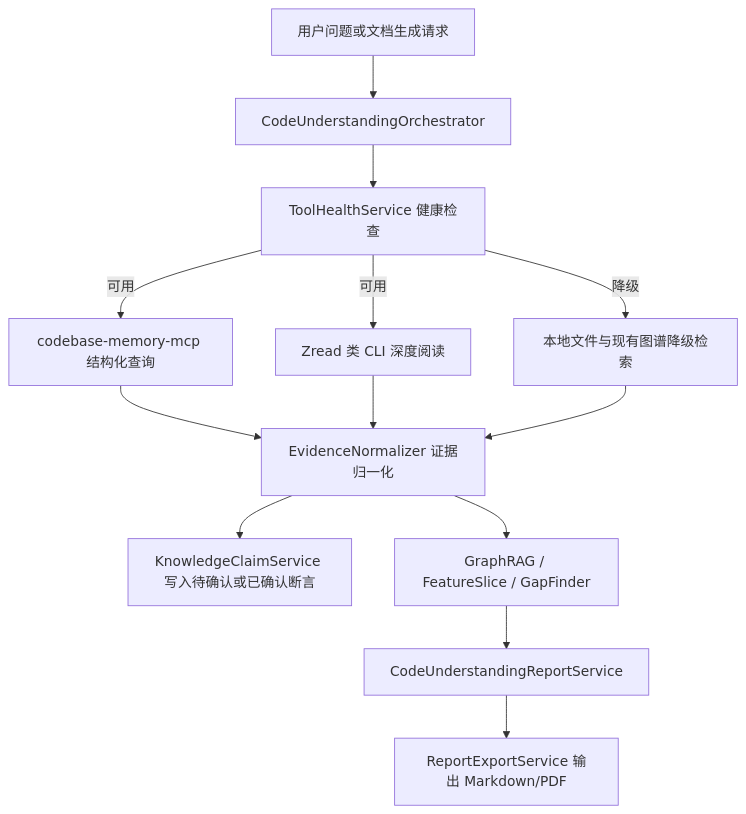
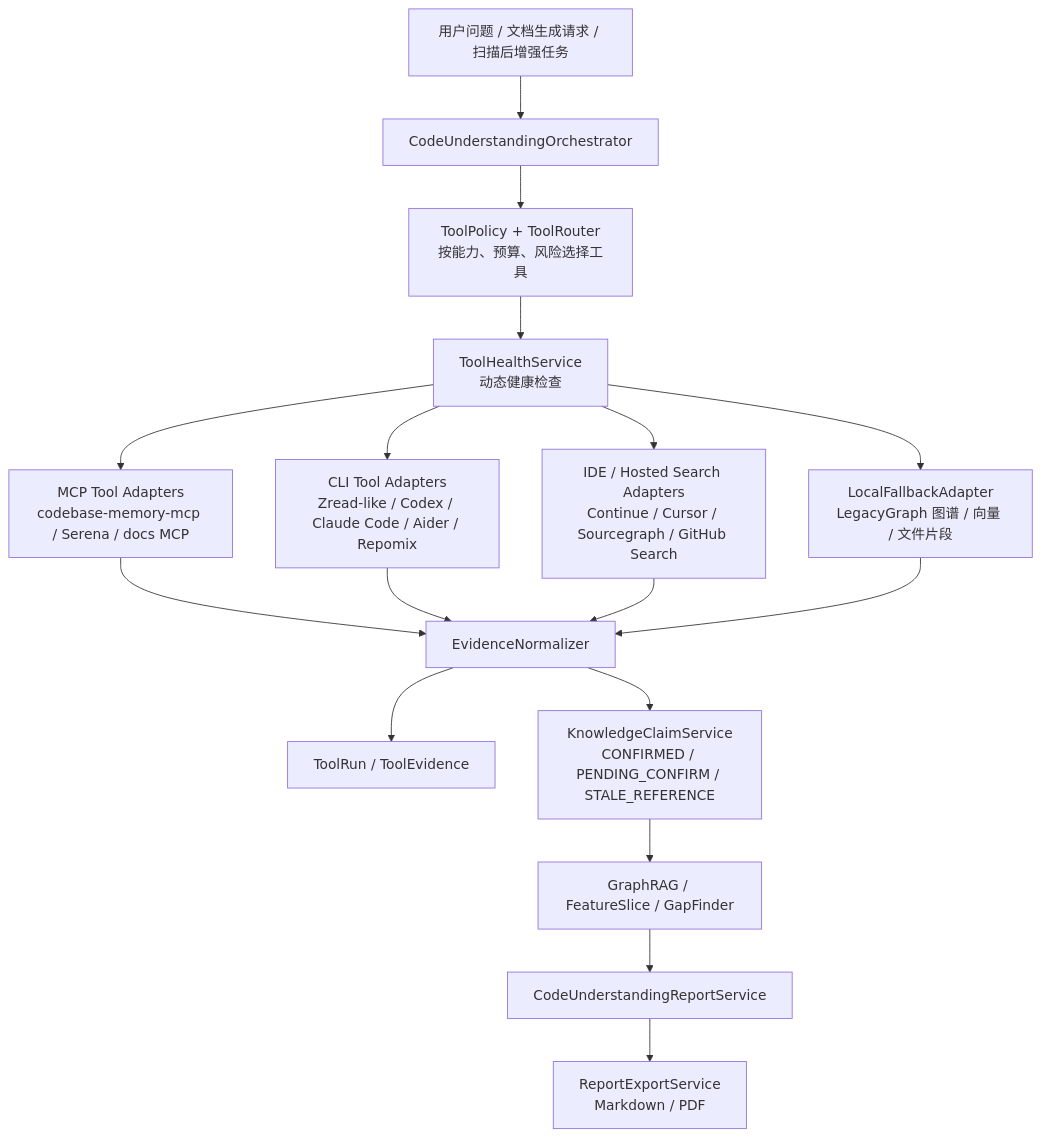
Before and after one commit to loveliunian/LegacyGraph: the first of 2 diagrams in doc/MCP与Zread类工具辅助代码理解和文档生成方案.md, drawn with Mermaid. The commit also changed other lines of this file and 44 other files, not shown here.

First line of the commit message:
feat: 新增数据库索引节点类型与约束图谱构建能力

````diff
--- a/doc/MCP与Zread类工具辅助代码理解和文档生成方案.md
+++ b/doc/MCP与Zread类工具辅助代码理解和文档生成方案.md
@@ -18,15 +19,19 @@
 ```mermaid
 flowchart TD
-    U["用户问题或文档生成请求"] --> O["CodeUnderstandingOrchestrator"]
-    O --> H["ToolHealthService 健康检查"]
-    H -->|可用| M["codebase-memory-mcp 结构化查询"]
-    H -->|可用| Z["Zread 类 CLI 深度阅读"]
-    H -->|降级| F["本地文件与现有图谱降级检索"]
-    M --> E["EvidenceNormalizer 证据归一化"]
-    Z --> E
+    U["用户问题 / 文档生成请求 / 扫描后增强任务"] --> O["CodeUnderstandingOrchestrator"]
+    O --> P["ToolPolicy + ToolRouter<br/>按能力、预算、风险选择工具"]
+    P --> H["ToolHealthService<br/>动态健康检查"]
+    H --> M["MCP Tool Adapters<br/>codebase-memory-mcp / Serena / docs MCP"]
+    H --> C["CLI Tool Adapters<br/>Zread-like / Codex / Claude Code / Aider / Repomix"]
+    H --> I["IDE / Hosted Search Adapters<br/>Continue / Cursor / Sourcegraph / GitHub Search"]
+    H --> F["LocalFallbackAdapter<br/>LegacyGraph 图谱 / 向量 / 文件片段"]
+    M --> E["EvidenceNormalizer"]
+    C --> E
+    I --> E
     F --> E
-    E --> K["KnowledgeClaimService 写入待确认或已确认断言"]
-    E --> R["GraphRAG / FeatureSlice / GapFinder"]
-    R --> D["CodeUnderstandingReportService"]
-    D --> X["ReportExportService 输出 Markdown/PDF"]
+    E --> T["ToolRun / ToolEvidence"]
+    E --> K["KnowledgeClaimService<br/>CONFIRMED / PENDING_CONFIRM / STALE_REFERENCE"]
+    K --> G["GraphRAG / FeatureSlice / GapFinder"]
+    G --> R["CodeUnderstandingReportService"]
+    R --> X["ReportExportService<br/>Markdown / PDF"]
 ```
````
